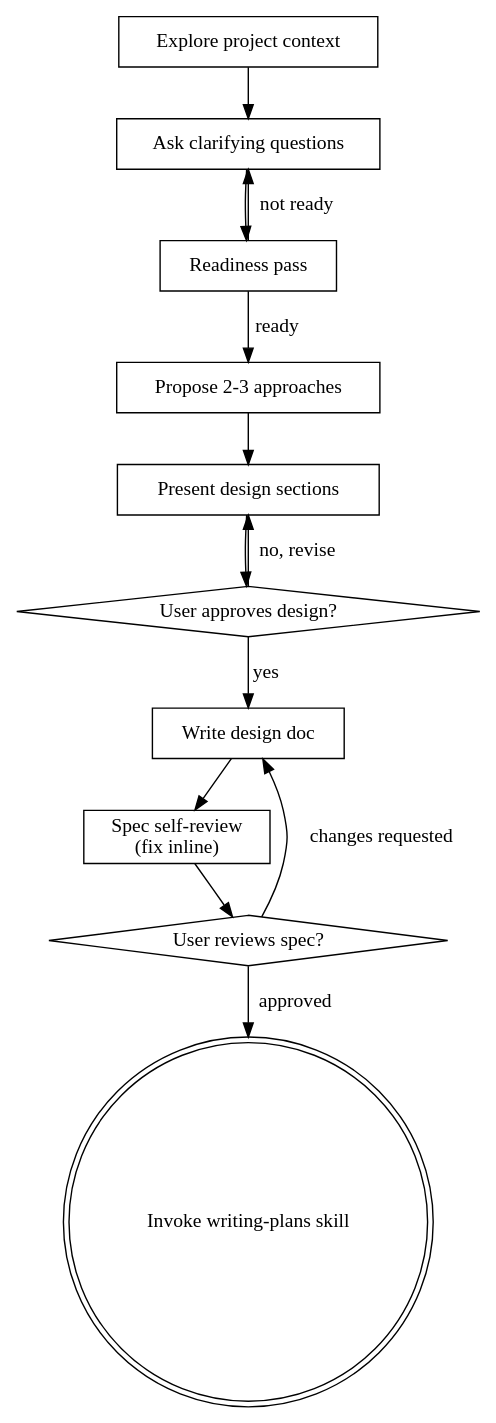
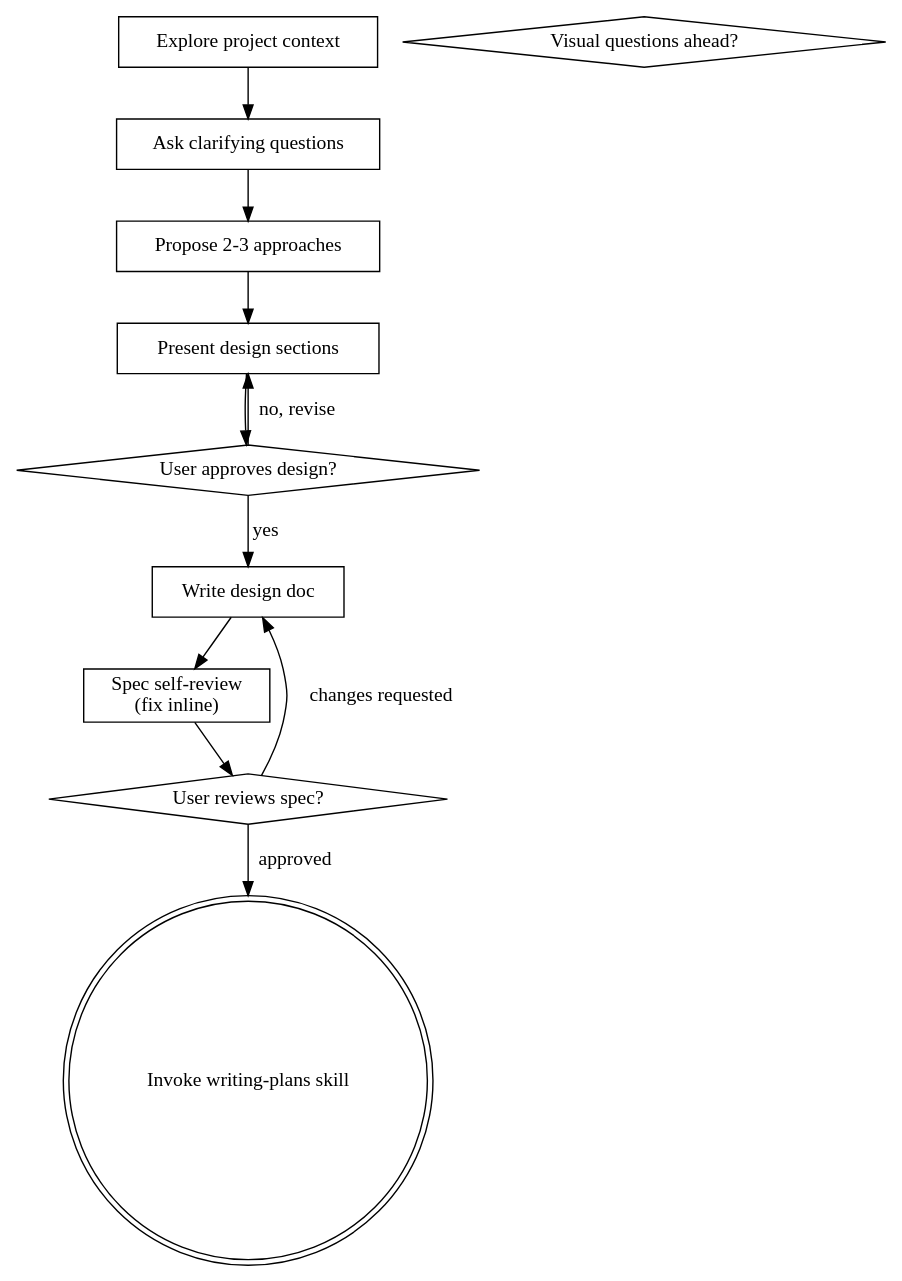
The diagram in skills/brainstorming/SKILL.md (benihime91/opencode-config), drawn with Graphviz before and after one commit. The commit also changed other lines of this file and 80 other files, not shown here.

````diff
--- a/skills/brainstorming/SKILL.md
+++ b/skills/brainstorming/SKILL.md
@@ -109,27 +36,25 @@
 ```dot
 digraph brainstorming {
     "Explore project context" [shape=box];
+    "Visual questions ahead?" [shape=diamond];
     "Ask clarifying questions" [shape=box];
-    "Readiness pass" [shape=box];
     "Propose 2-3 approaches" [shape=box];
     "Present design sections" [shape=box];
     "User approves design?" [shape=diamond];
     "Write design doc" [shape=box];
     "Spec self-review\n(fix inline)" [shape=box];
     "User reviews spec?" [shape=diamond];
     "Invoke writing-plans skill" [shape=doublecircle];
 
     "Explore project context" -> "Ask clarifying questions";
-    "Ask clarifying questions" -> "Readiness pass";
-    "Readiness pass" -> "Ask clarifying questions" [label="not ready"];
-    "Readiness pass" -> "Propose 2-3 approaches" [label="ready"];
+    "Ask clarifying questions" -> "Propose 2-3 approaches";
     "Propose 2-3 approaches" -> "Present design sections";
     "Present design sections" -> "User approves design?";
     "User approves design?" -> "Present design sections" [label="no, revise"];
     "User approves design?" -> "Write design doc" [label="yes"];
     "Write design doc" -> "Spec self-review\n(fix inline)";
     "Spec self-review\n(fix inline)" -> "User reviews spec?";
     "User reviews spec?" -> "Write design doc" [label="changes requested"];
     "User reviews spec?" -> "Invoke writing-plans skill" [label="approved"];
 }
 ```
````
